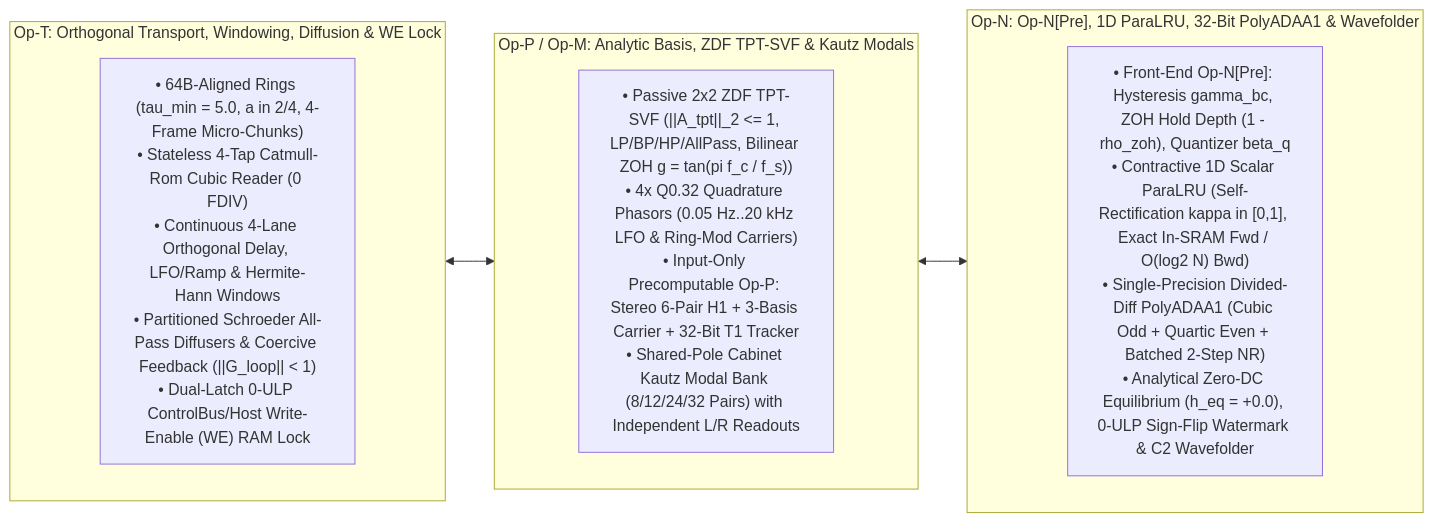
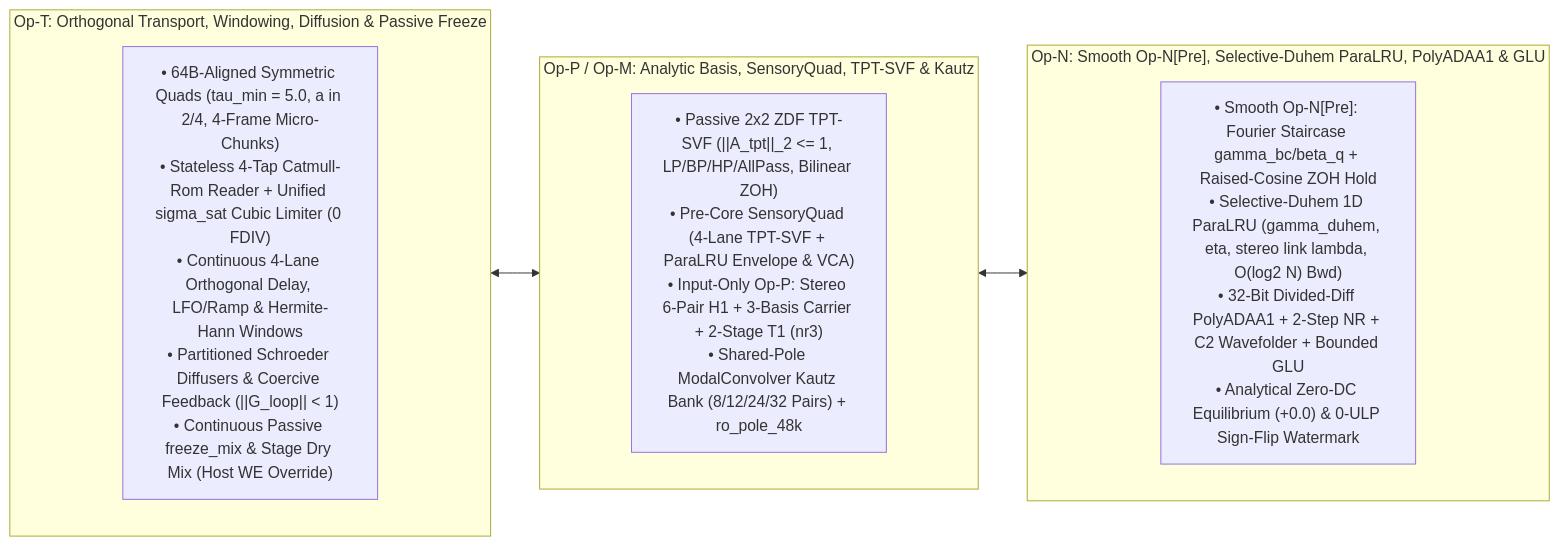
The third of 7 diagrams in docs/specs/architecture/sona_architecture.md (mokugen/dnam), drawn with Mermaid before and after one commit. The commit also changed other lines of this file and 26 other files, not shown here.

````diff
--- a/docs/specs/architecture/sona_architecture.md
+++ b/docs/specs/architecture/sona_architecture.md
@@ -235,20 +250,20 @@
 ```mermaid
 flowchart LR
-    subgraph OpT ["Op-T: Orthogonal Transport, Windowing, Diffusion & WE Lock"]
+    subgraph OpT ["Op-T: Orthogonal Transport, Windowing, Diffusion & Passive Freeze"]
         direction TB
-        T1["• 64B-Aligned Rings (tau_min = 5.0, a in 2/4, 4-Frame Micro-Chunks)<br/>• Stateless 4-Tap Catmull-Rom Cubic Reader (0 FDIV)<br/>• Continuous 4-Lane Orthogonal Delay, LFO/Ramp & Hermite-Hann Windows<br/>• Partitioned Schroeder All-Pass Diffusers & Coercive Feedback (||G_loop|| < 1)<br/>• Dual-Latch 0-ULP ControlBus/Host Write-Enable (WE) RAM Lock"]
+        T1["• 64B-Aligned Symmetric Quads (tau_min = 5.0, a in 2/4, 4-Frame Micro-Chunks)<br/>• Stateless 4-Tap Catmull-Rom Reader + Unified sigma_sat Cubic Limiter (0 FDIV)<br/>• Continuous 4-Lane Orthogonal Delay, LFO/Ramp & Hermite-Hann Windows<br/>• Partitioned Schroeder Diffusers & Coercive Feedback (||G_loop|| < 1)<br/>• Continuous Passive freeze_mix & Stage Dry Mix (Host WE Override)"]
     end
 
-    subgraph OpM ["Op-P / Op-M: Analytic Basis, ZDF TPT-SVF & Kautz Modals"]
+    subgraph OpM ["Op-P / Op-M: Analytic Basis, SensoryQuad, TPT-SVF & Kautz"]
         direction TB
-        M1["• Passive 2x2 ZDF TPT-SVF (||A_tpt||_2 <= 1, LP/BP/HP/AllPass, Bilinear ZOH g = tan(pi f_c / f_s))<br/>• 4x Q0.32 Quadrature Phasors (0.05 Hz..20 kHz LFO & Ring-Mod Carriers)<br/>• Input-Only Precomputable Op-P: Stereo 6-Pair H1 + 3-Basis Carrier + 32-Bit T1 Tracker<br/>• Shared-Pole Cabinet Kautz Modal Bank (8/12/24/32 Pairs) with Independent L/R Readouts"]
+        M1["• Passive 2x2 ZDF TPT-SVF (||A_tpt||_2 <= 1, LP/BP/HP/AllPass, Bilinear ZOH)<br/>• Pre-Core SensoryQuad (4-Lane TPT-SVF + ParaLRU Envelope & VCA)<br/>• Input-Only Op-P: Stereo 6-Pair H1 + 3-Basis Carrier + 2-Stage T1 (nr3)<br/>• Shared-Pole ModalConvolver Kautz Bank (8/12/24/32 Pairs) + ro_pole_48k"]
     end
 
-    subgraph OpN ["Op-N: Op-N[Pre], 1D ParaLRU, 32-Bit PolyADAA1 & Wavefolder"]
+    subgraph OpN ["Op-N: Smooth Op-N[Pre], Selective-Duhem ParaLRU, PolyADAA1 & GLU"]
         direction TB
-        N1["• Front-End Op-N[Pre]: Hysteresis gamma_bc, ZOH Hold Depth (1 - rho_zoh), Quantizer beta_q<br/>• Contractive 1D Scalar ParaLRU (Self-Rectification kappa in [0,1], Exact In-SRAM Fwd / O(log2 N) Bwd)<br/>• Single-Precision Divided-Diff PolyADAA1 (Cubic Odd + Quartic Even + Batched 2-Step NR)<br/>• Analytical Zero-DC Equilibrium (h_eq = +0.0), 0-ULP Sign-Flip Watermark & C2 Wavefolder"]
+        N1["• Smooth Op-N[Pre]: Fourier Staircase gamma_bc/beta_q + Raised-Cosine ZOH Hold<br/>• Selective-Duhem 1D ParaLRU (gamma_duhem, eta, stereo link lambda, O(log2 N) Bwd)<br/>• 32-Bit Divided-Diff PolyADAA1 + 2-Step NR + C2 Wavefolder + Bounded GLU<br/>• Analytical Zero-DC Equilibrium (+0.0) & 0-ULP Sign-Flip Watermark"]
     end
 
     T1 <--> M1
     M1 <--> N1
 ```
````
